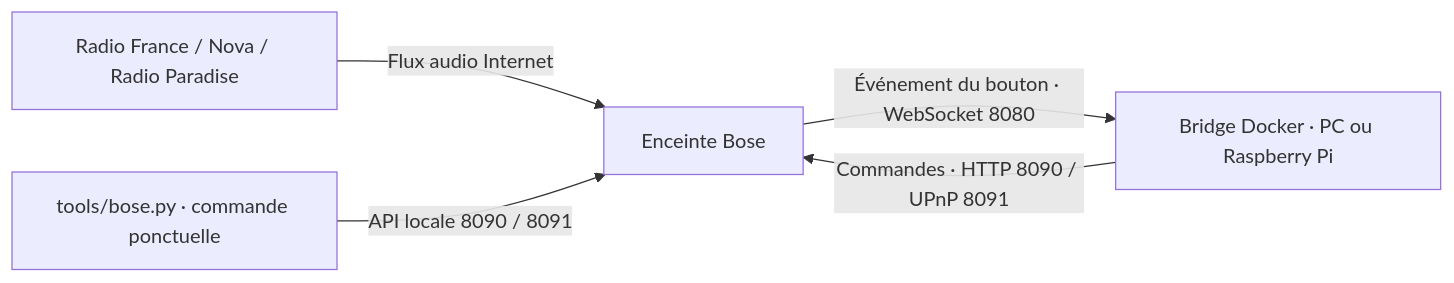
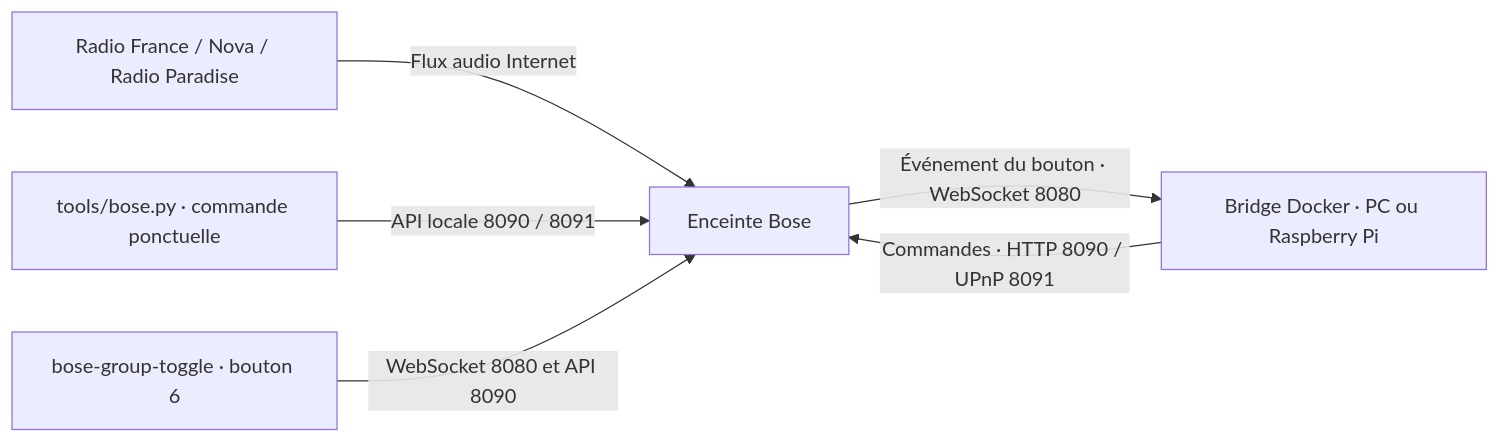
Before and after one commit to orel33/bose: the diagram in README.md, drawn with Mermaid. The commit also changed other lines of this file and 4 other files, not shown here.

Commit message:
Add group toggle functionality for Veranda and Cuisine; update documentation and tests

````diff
--- a/README.md
+++ b/README.md
@@ -30,7 +34,8 @@
 ```mermaid
 flowchart LR
     B[Enceinte Bose] -->|Événement du bouton · WebSocket 8080| P[Bridge Docker · PC ou Raspberry Pi]
     P -->|Commandes · HTTP 8090 / UPnP 8091| B
     R[Radio France / Nova / Radio Paradise] -->|Flux audio Internet| B
     T[tools/bose.py · commande ponctuelle] -->|API locale 8090 / 8091| B
+    G[bose-group-toggle · bouton 6] -->|WebSocket 8080 et API 8090| B
 ```
````
